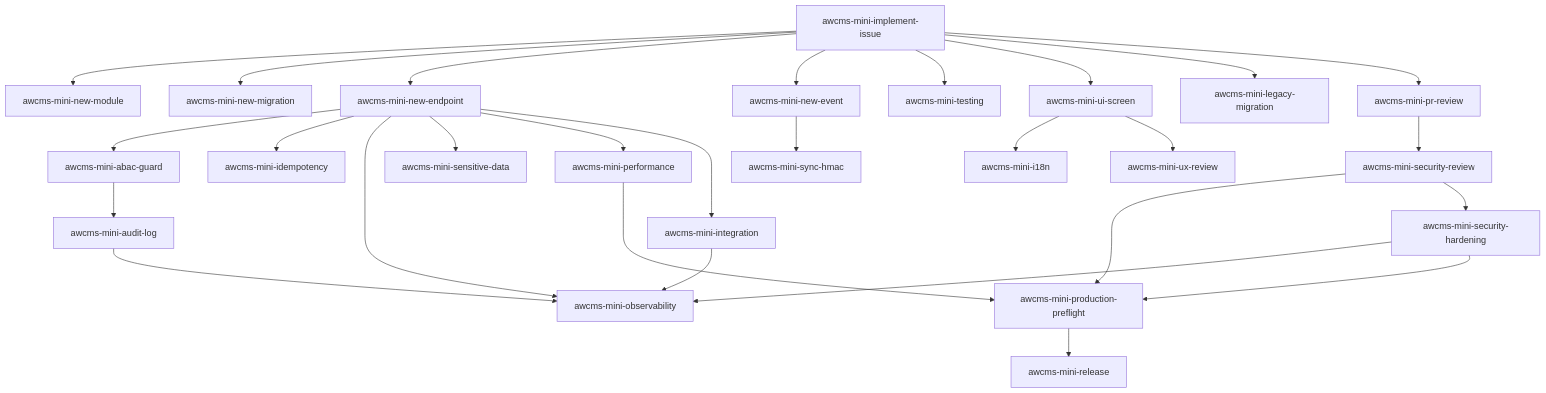
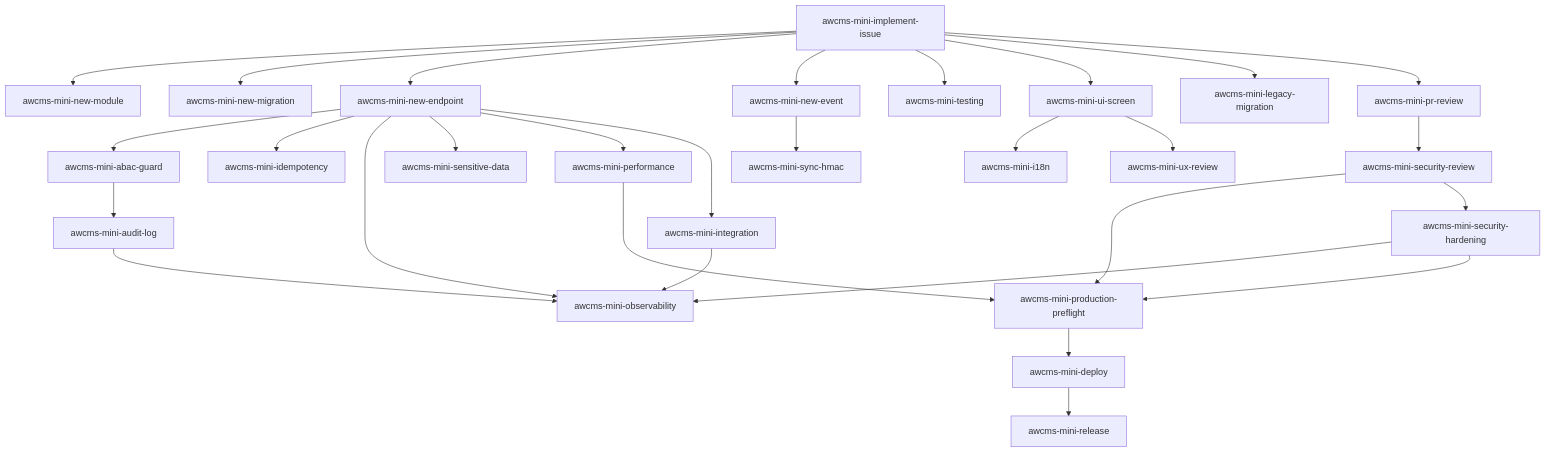
Before and after one commit to ahliweb/awcms-mini: the diagram in .claude/skills/README.md, drawn with Mermaid. The commit also changed other lines of this file and 7 other files, not shown here.

````diff
--- a/.claude/skills/README.md
+++ b/.claude/skills/README.md
@@ -45,31 +55,32 @@
 ```mermaid
 flowchart TD
   II[awcms-mini-implement-issue] --> NM[awcms-mini-new-module]
   II --> MIG[awcms-mini-new-migration]
   II --> EP[awcms-mini-new-endpoint]
   II --> EV[awcms-mini-new-event]
   II --> TST[awcms-mini-testing]
   EP --> ABAC[awcms-mini-abac-guard]
   EP --> IDEM[awcms-mini-idempotency]
   ABAC --> AUD[awcms-mini-audit-log]
   AUD --> OBS[awcms-mini-observability]
   EP --> OBS
   EP --> SD[awcms-mini-sensitive-data]
   EV --> SYNC[awcms-mini-sync-hmac]
   II --> UI[awcms-mini-ui-screen]
   UI --> I18N[awcms-mini-i18n]
   II --> LEG[awcms-mini-legacy-migration]
   II --> PR[awcms-mini-pr-review]
   PR --> SEC[awcms-mini-security-review]
   SEC --> PF[awcms-mini-production-preflight]
-  PF --> REL[awcms-mini-release]
+  PF --> DEP[awcms-mini-deploy]
+  DEP --> REL[awcms-mini-release]
 
   UI --> UXR[awcms-mini-ux-review]
   EP --> PERF[awcms-mini-performance]
   EP --> INT[awcms-mini-integration]
   INT --> OBS
   SEC --> HARD[awcms-mini-security-hardening]
   HARD --> OBS
   PERF --> PF
   HARD --> PF
 ```
````
